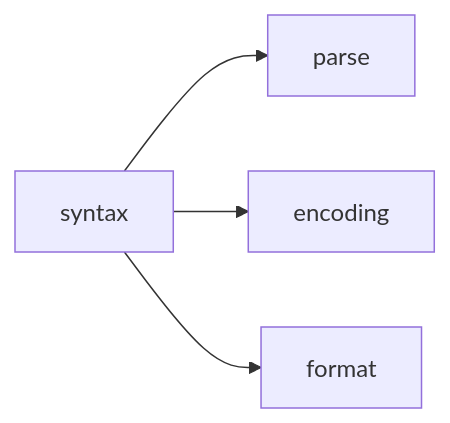
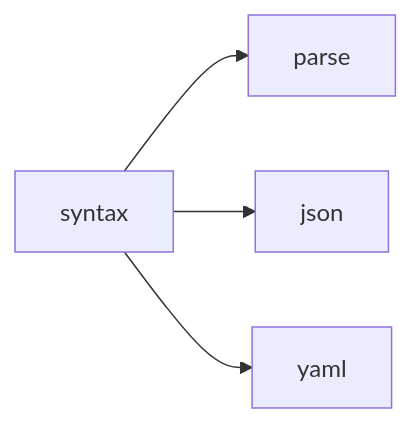
Before and after one commit to meaganewaller/weekly-reviews: the third of 11 diagrams in friction-taxonomy.md, drawn with Mermaid. The commit also changed other lines of this file and 2 other files, not shown here.

```diff
--- a/friction-taxonomy.md
+++ b/friction-taxonomy.md
@@ -63,6 +78,6 @@
 {% mermaid %}
 flowchart LR
     A[syntax] --> B[parse]
-    A --> C[encoding]
-    A --> D[format]
+    A --> C[json]
+    A --> D[yaml]
 {% endmermaid %}
```
